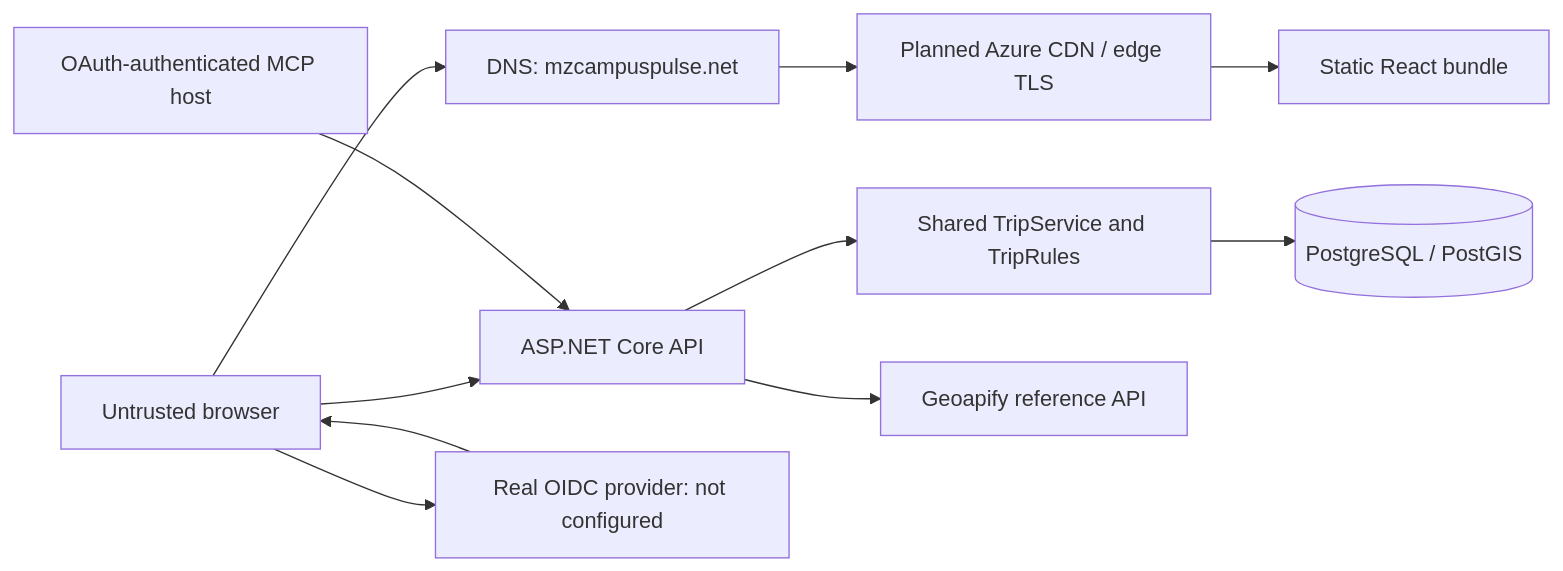
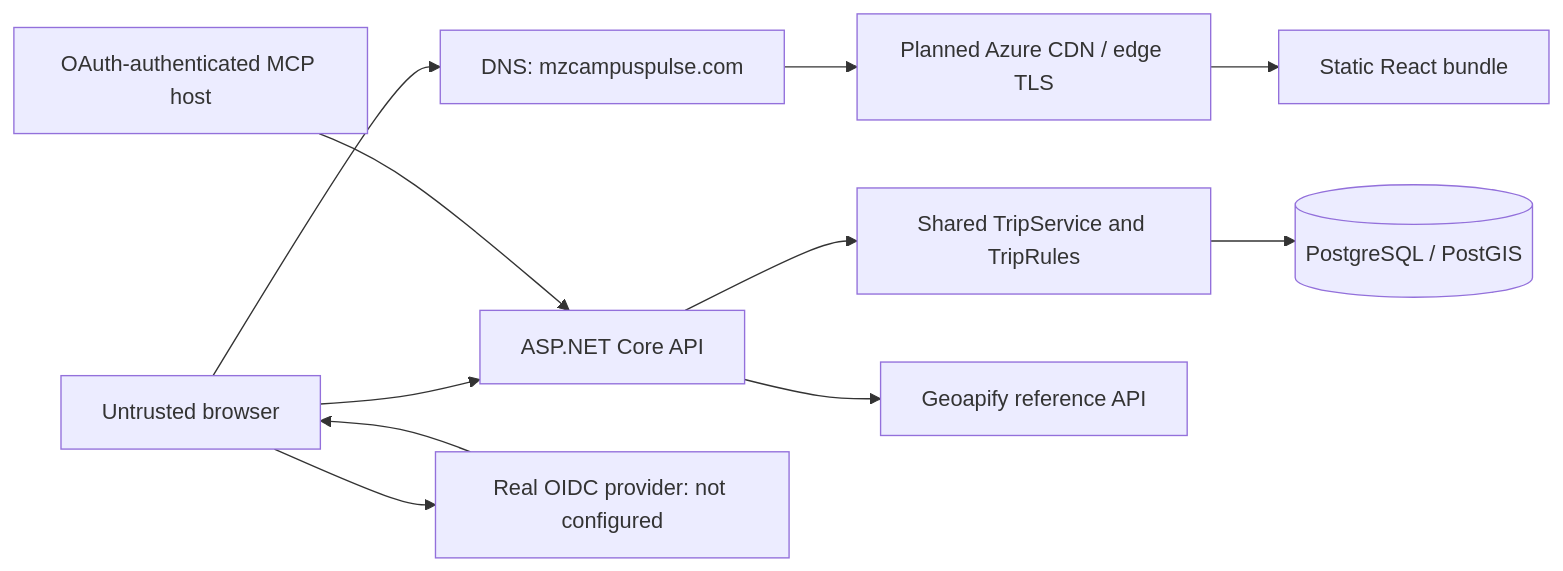
One commit to mzhang61/route-board changed the first of 2 diagrams in docs/architecture-maintenance.md. Above: the diagram before and after it, drawn with Mermaid. The commit also changed other lines of this file and 17 other files, not shown here.

````diff
--- a/docs/architecture-maintenance.md
+++ b/docs/architecture-maintenance.md
@@ -18,13 +18,13 @@
 ```mermaid
 flowchart LR
-  Browser[Untrusted browser] --> DNS[DNS: mzcampuspulse.net]
+  Browser[Untrusted browser] --> DNS[DNS: mzcampuspulse.com]
   DNS --> CDN[Planned Azure CDN / edge TLS]
   CDN --> Web[Static React bundle]
   Browser --> API[ASP.NET Core API]
   Host[OAuth-authenticated MCP host] --> API
   API --> Rules[Shared TripService and TripRules]
   Rules --> DB[(PostgreSQL / PostGIS)]
   API --> Routing[Geoapify reference API]
   Browser --> Identity[Real OIDC provider: not configured]
   Identity --> Browser
 ```
````
